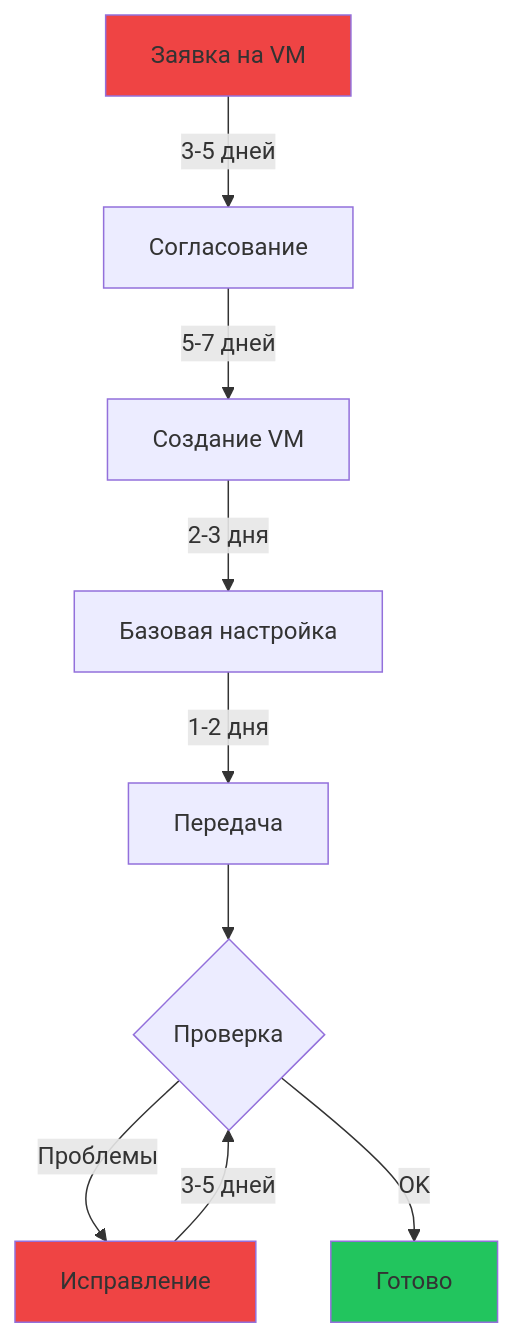
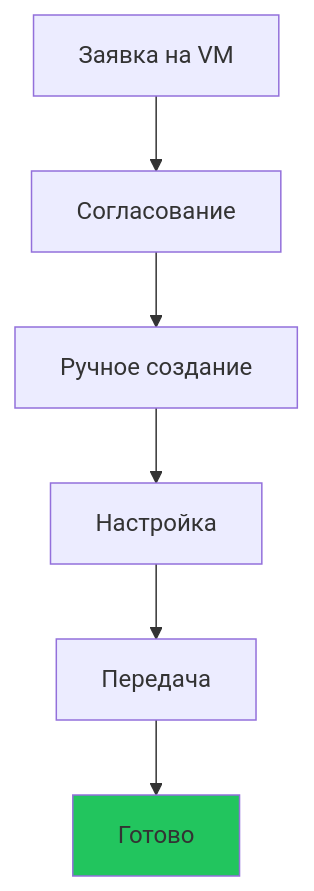
One commit to Saske912/presentation changed the second of 3 diagrams in default/arch_slides.md. Above: the diagram before and after it, drawn with Mermaid. The commit also changed other lines of this file, not shown here.

````diff
--- a/default/arch_slides.md
+++ b/default/arch_slides.md
@@ -189,15 +197,10 @@
 ```mermaid
 graph TD
-    A[Заявка на VM] -->|3-5 дней| B[Согласование]
-    B -->|5-7 дней| C[Создание VM]
-    C -->|2-3 дня| D[Базовая настройка]
-    D -->|1-2 дня| E[Передача]
-    E --> F{Проверка}
-    F -->|Проблемы| G[Исправление]
-    G -->|3-5 дней| F
-    F -->|OK| H[Готово]
+    A[Заявка на VM] --> B[Согласование]
+    B --> C[Ручное создание]
+    C --> D[Настройка]
+    D --> E[Передача]
+    E --> F[Готово]
     
-    style A fill:#ef4444
-    style G fill:#ef4444
-    style H fill:#22c55e
+    style F fill:#22c55e
 ```
````
